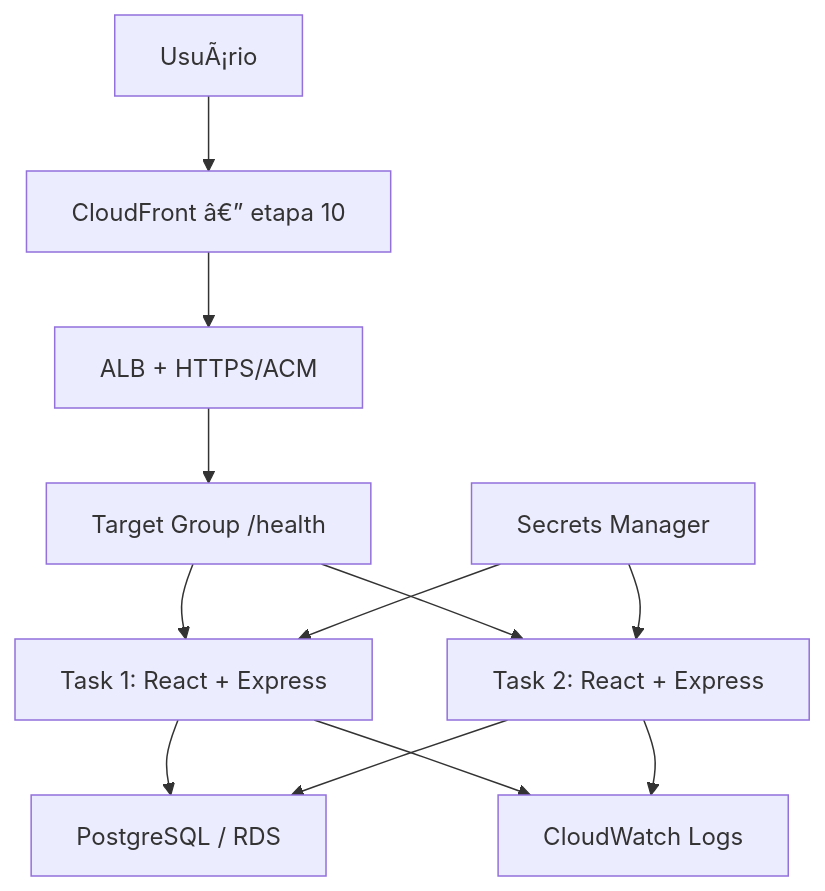
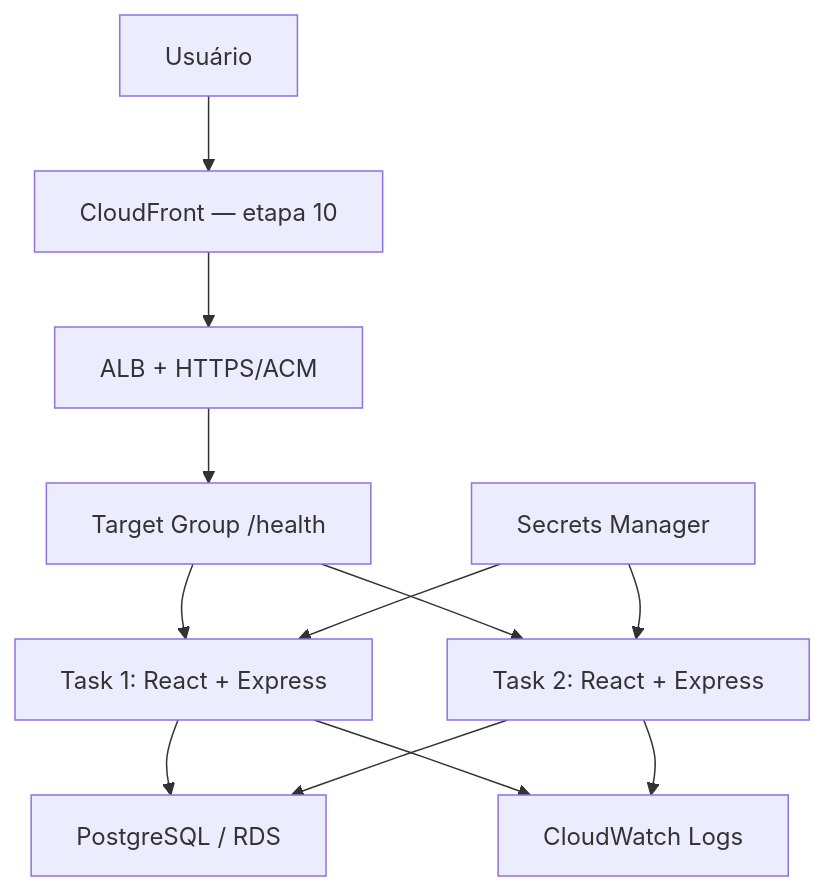
Before and after one commit to fernetone/cloudtasks-aws-portfolio: the second of 2 diagrams in docs/ARCHITECTURE.md, drawn with Mermaid. The commit also changed other lines of this file and 7 other files, not shown here.

````diff
--- a/docs/ARCHITECTURE.md
+++ b/docs/ARCHITECTURE.md
@@ -28,14 +28,14 @@
 ```mermaid
 flowchart TD
-  user["UsuÃ¡rio"] --> cf["CloudFront â€” etapa 10"]
+  user["Usuário"] --> cf["CloudFront — etapa 10"]
   cf --> alb["ALB + HTTPS/ACM"]
   alb --> tg["Target Group /health"]
   tg --> t1["Task 1: React + Express"]
   tg --> t2["Task 2: React + Express"]
   t1 --> db["PostgreSQL / RDS"]
   t2 --> db
   sm["Secrets Manager"] --> t1
   sm --> t2
   t1 --> logs["CloudWatch Logs"]
   t2 --> logs
 ```
````
